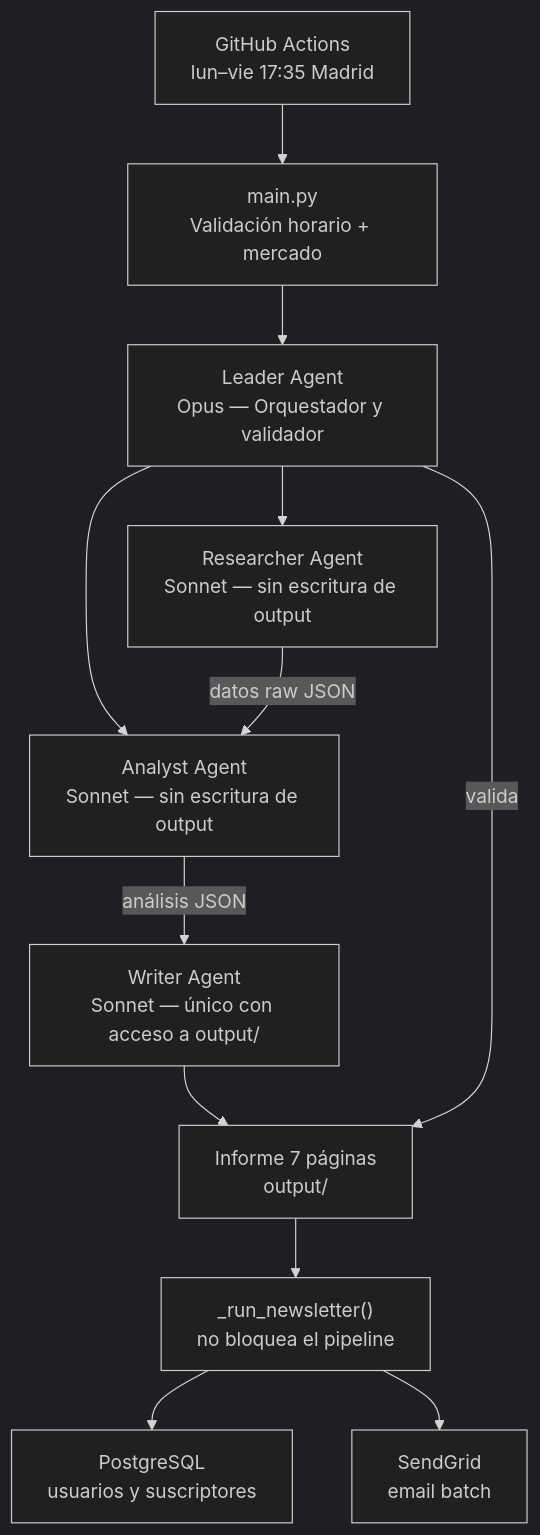
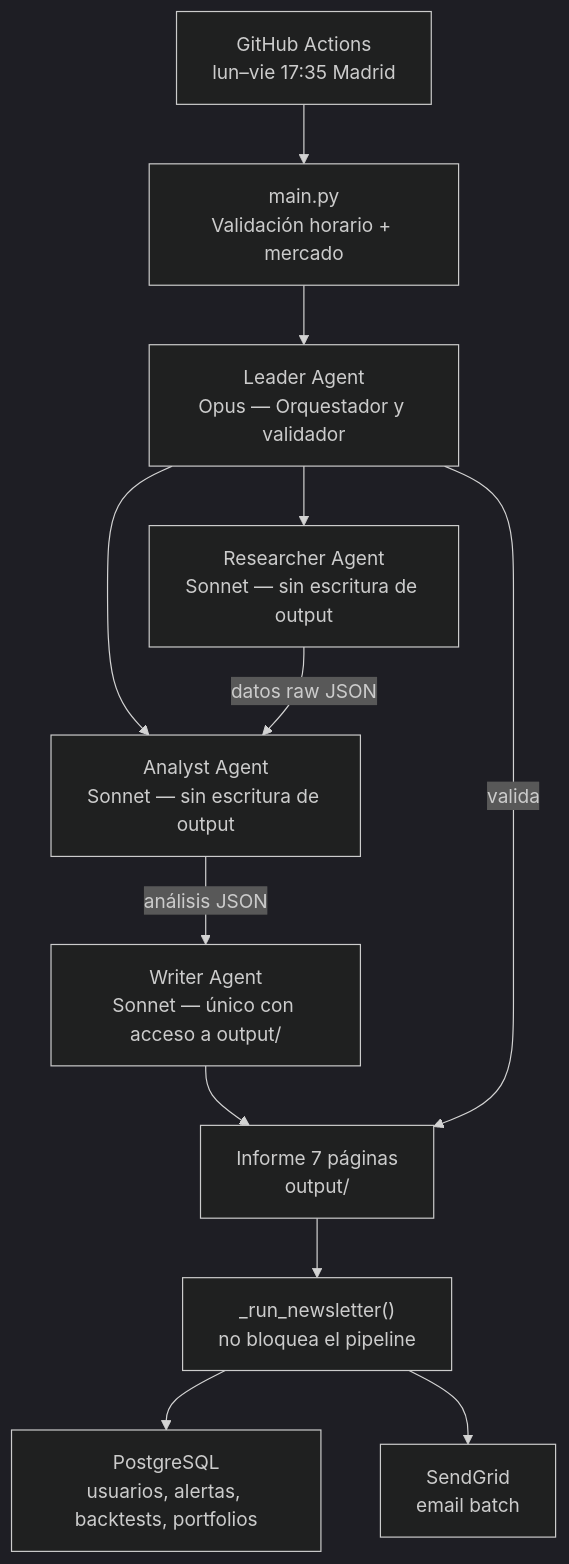
Before and after one commit to Romequinco/AGENTES_PRUEBA: the diagram in README.md, drawn with Mermaid (dark theme). The commit also changed other lines of this file and 19 other files, not shown here.

````diff
--- a/README.md
+++ b/README.md
@@ -9,23 +9,23 @@
 ```mermaid
 flowchart TD
     GH["GitHub Actions\nlun–vie 17:35 Madrid"]
     M["main.py\nValidación horario + mercado"]
     L["Leader Agent\nOpus — Orquestador y validador"]
     R["Researcher Agent\nSonnet — sin escritura de output"]
     A["Analyst Agent\nSonnet — sin escritura de output"]
     W["Writer Agent\nSonnet — único con acceso a output/"]
     OUT["Informe 7 páginas\noutput/"]
     NL["_run_newsletter()\nno bloquea el pipeline"]
-    DB["PostgreSQL\nusuarios y suscriptores"]
+    DB["PostgreSQL\nusuarios, alertas, backtests, portfolios"]
     SG["SendGrid\nemail batch"]
 
     GH --> M --> L
     L --> R & A
     R -->|datos raw JSON| A
     A -->|análisis JSON| W
     W --> OUT
     L -->|valida| OUT
     OUT --> NL
     NL --> DB
     NL --> SG
 ```
````
